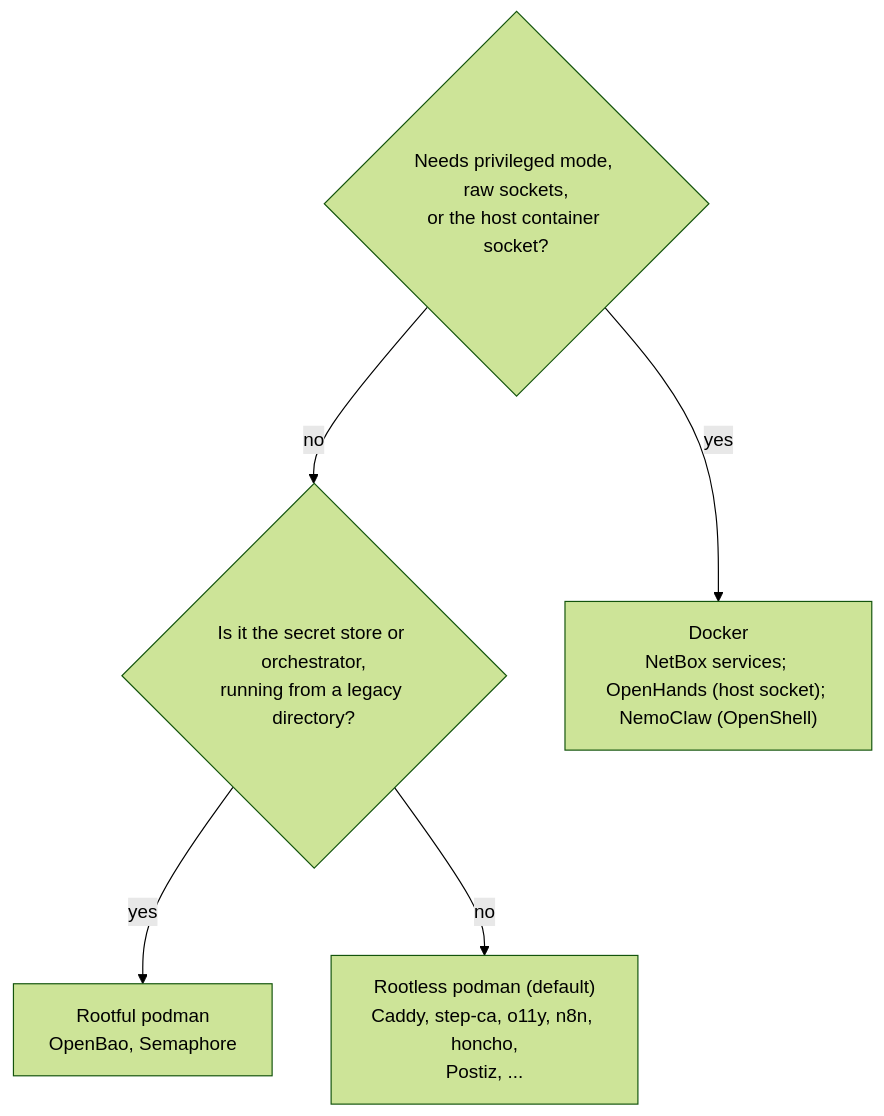
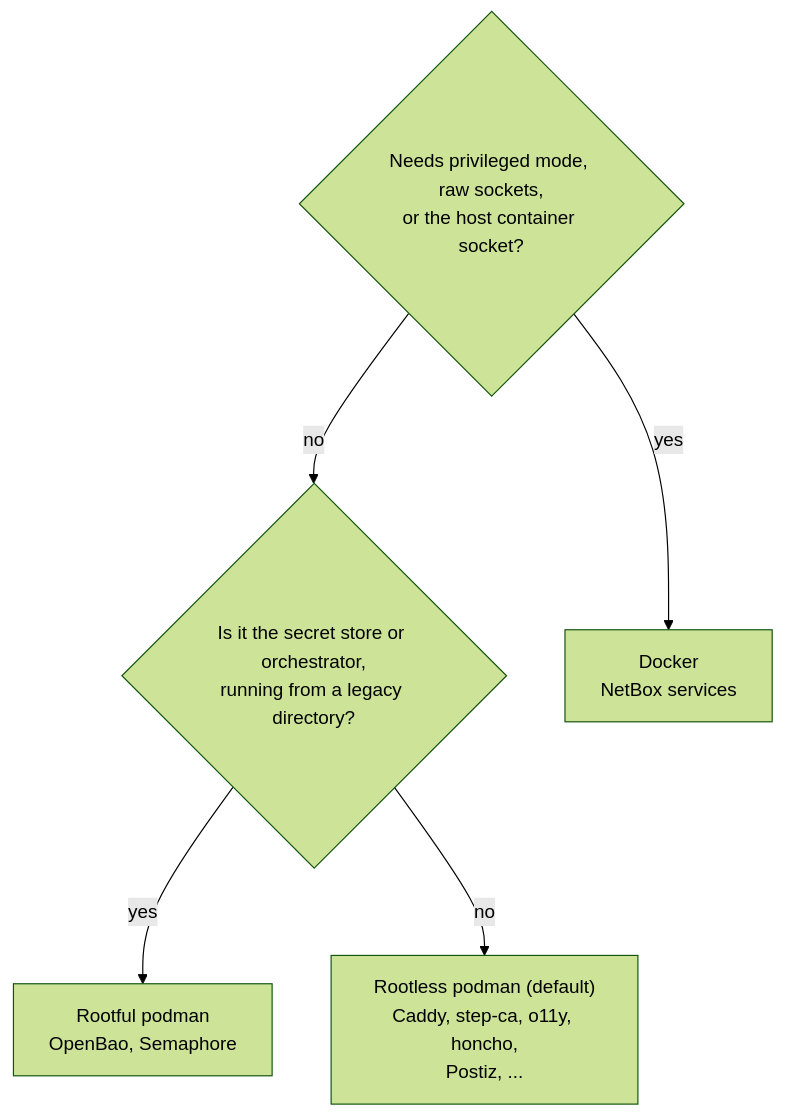
One commit to uhstray-io/agent-cloud changed the eighth of 10 diagrams in plan/architecture/service-architecture.md. Above: the diagram before and after it, drawn with Mermaid (forest theme). The commit also changed other lines of this file and 9 other files, not shown here.

Commit message:
docs(architecture): remove retired platforms

````diff
--- a/plan/architecture/service-architecture.md
+++ b/plan/architecture/service-architecture.md
@@ -444,12 +410,12 @@
 ```mermaid
 flowchart TD
     Q1{"Needs privileged mode, raw sockets,<br/>or the host container socket?"}
     Q2{"Is it the secret store or orchestrator,<br/>running from a legacy directory?"}
-    DOCKER["Docker<br/>NetBox services; OpenHands (host socket); NemoClaw (OpenShell)"]
+    DOCKER["Docker<br/>NetBox services"]
     ROOTFUL["Rootful podman<br/>OpenBao, Semaphore"]
-    ROOTLESS["Rootless podman (default)<br/>Caddy, step-ca, o11y, n8n, honcho,<br/>Postiz, ..."]
+    ROOTLESS["Rootless podman (default)<br/>Caddy, step-ca, o11y, honcho,<br/>Postiz, ..."]
     Q1 -->|"yes"| DOCKER
     Q1 -->|"no"| Q2
     Q2 -->|"yes"| ROOTFUL
     Q2 -->|"no"| ROOTLESS
 ```
````
